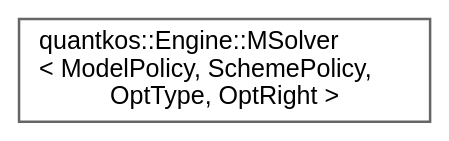
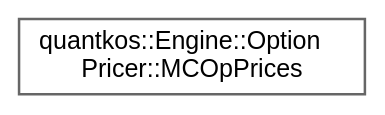
The diagram in dev-zen/inherit_graph_30.dot (zeno-geddo/QuantKos), drawn with Graphviz before and after one commit. The commit also changed 758 other files, not shown here.

```diff
--- a/dev-zen/inherit_graph_30.dot
+++ b/dev-zen/inherit_graph_30.dot
@@ -1,9 +1,9 @@
 digraph "Graphical Class Hierarchy"
 {
  // LATEX_PDF_SIZE
   bgcolor="transparent";
   edge [fontname=Helvetica,fontsize=10,labelfontname=Helvetica,labelfontsize=10];
   node [fontname=Helvetica,fontsize=10,shape=box,height=0.2,width=0.4];
   rankdir="LR";
-  Node0 [id="Node000000",label="quantkos::Engine::MSolver\l\< ModelPolicy, SchemePolicy,\l OptType, OptRight \>",height=0.2,width=0.4,color="grey40", fillcolor="white", style="filled",URL="$classquantkos_1_1Engine_1_1MSolver.html",tooltip="Host-side parallel launch coordinator and execution bridge."];
+  Node0 [id="Node000000",label="quantkos::Engine::Option\lPricer::MCOpPrices",height=0.2,width=0.4,color="grey40", fillcolor="white", style="filled",URL="$structquantkos_1_1Engine_1_1OptionPricer_1_1MCOpPrices.html",tooltip="Storage container for final simulation metrics and distribution percentiles."];
 }
```
